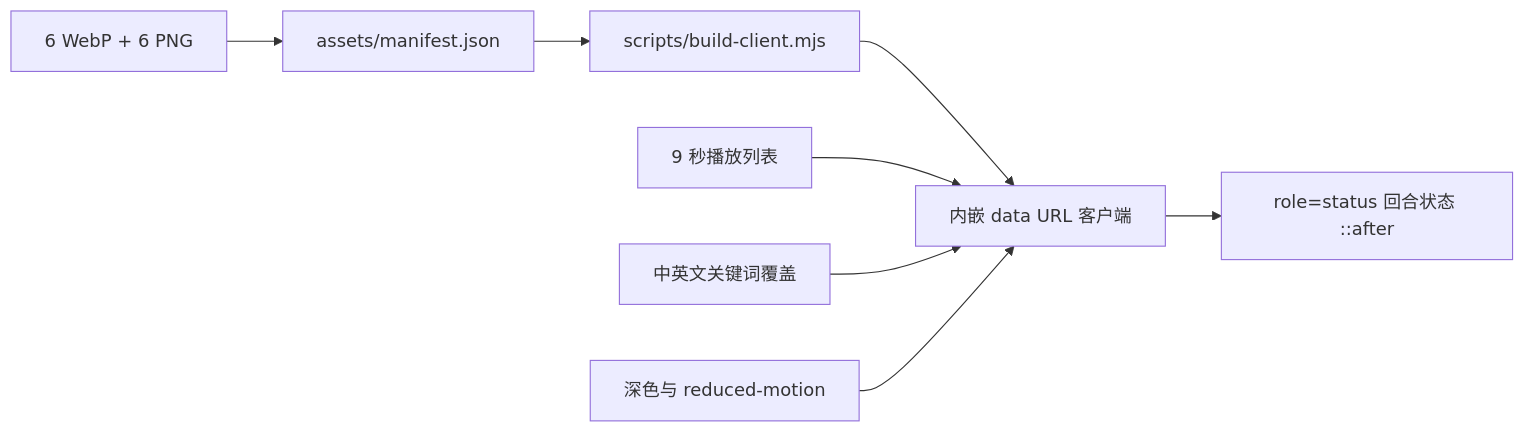
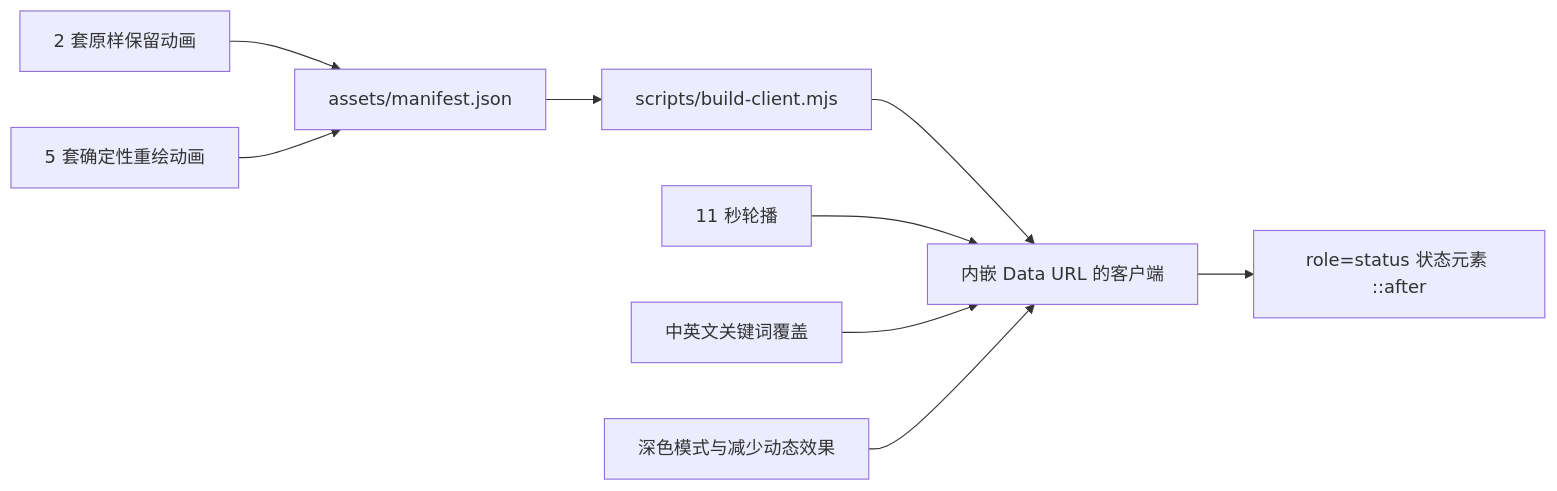
One commit to LeemanCheung/dsh-whale-animation changed the diagram in README.zh-CN.md. Above: the diagram before and after it, drawn with Mermaid. The commit also changed other lines of this file and 63 other files, not shown here.

````diff
--- a/README.zh-CN.md
+++ b/README.zh-CN.md
@@ -110,10 +137,11 @@
 ```mermaid
 flowchart LR
-  A[6 WebP + 6 PNG] --> B[assets/manifest.json]
-  B --> C[scripts/build-client.mjs]
-  C --> D[内嵌 data URL 客户端]
-  D --> E[role=status 回合状态 ::after]
-  F[9 秒播放列表] --> D
-  G[中英文关键词覆盖] --> D
-  H[深色与 reduced-motion] --> D
+  A[2 套原样保留动画] --> C[assets/manifest.json]
+  B[5 套确定性重绘动画] --> C
+  C --> D[scripts/build-client.mjs]
+  D --> E[内嵌 Data URL 的客户端]
+  E --> F[role=status 状态元素 ::after]
+  G[11 秒轮播] --> E
+  H[中英文关键词覆盖] --> E
+  I[深色模式与减少动态效果] --> E
 ```
````
